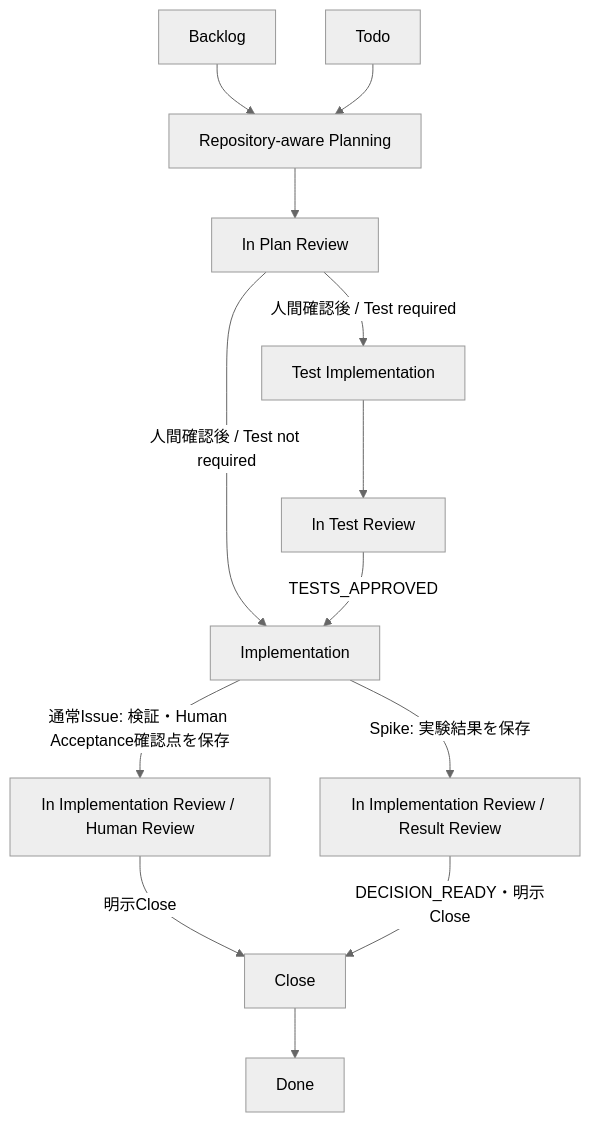
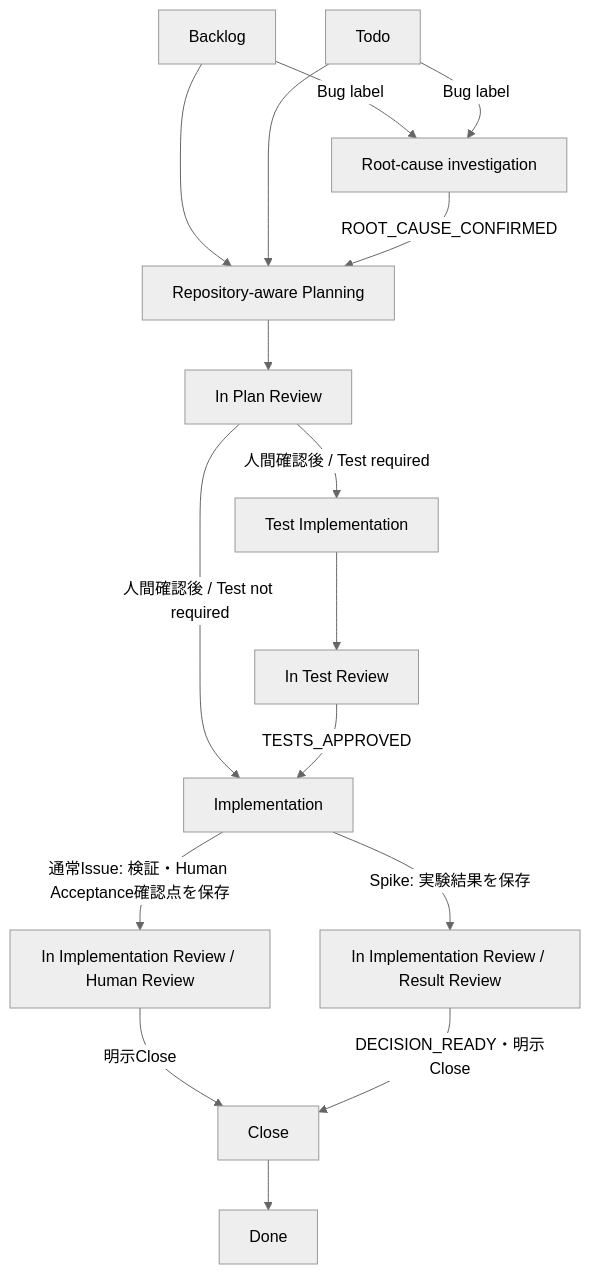
The first of 2 diagrams in agent-development-workflow.md (hnishim/harness), drawn with Mermaid (neutral theme) before and after one commit. The commit also changed other lines of this file, not shown here.

Commit message:
Bug mode追加

````diff
--- a/agent-development-workflow.md
+++ b/agent-development-workflow.md
@@ -45,15 +45,18 @@
 ```mermaid
 flowchart TD
     B[Backlog] --> P[Repository-aware Planning]
     T[Todo] --> P
+    B -->|Bug label| BI[Root-cause investigation]
+    T -->|Bug label| BI
+    BI -->|ROOT_CAUSE_CONFIRMED| P
     P --> R[In Plan Review]
     R -->|人間確認後 / Test required| TW[Test Implementation]
     R -->|人間確認後 / Test not required| I[Implementation]
     TW --> TR[In Test Review]
     TR -->|TESTS_APPROVED| I
     I -->|通常Issue: 検証・Human Acceptance確認点を保存| H[In Implementation Review / Human Review]
     I -->|Spike: 実験結果を保存| SR[In Implementation Review / Result Review]
     H -->|明示Close| C[Close]
     SR -->|DECISION_READY・明示Close| C
     C --> D[Done]
 ```
````
